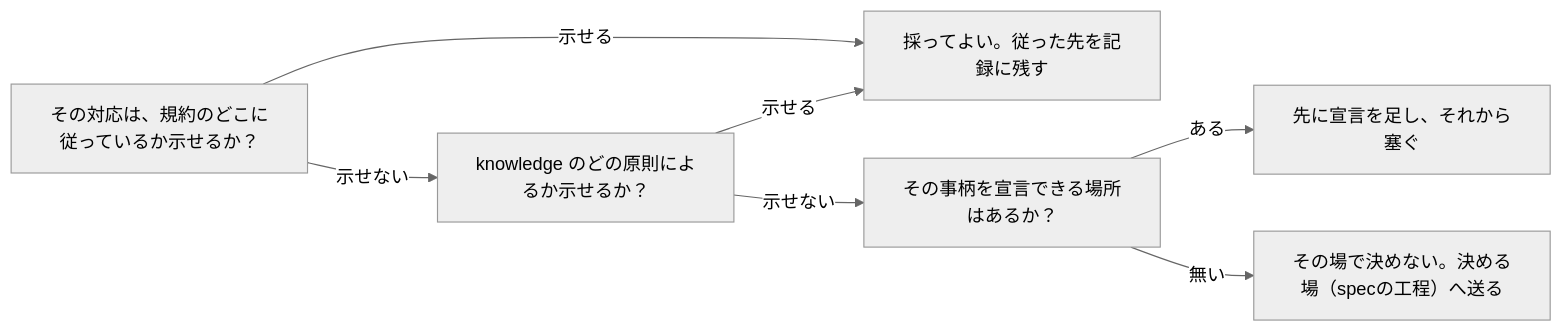
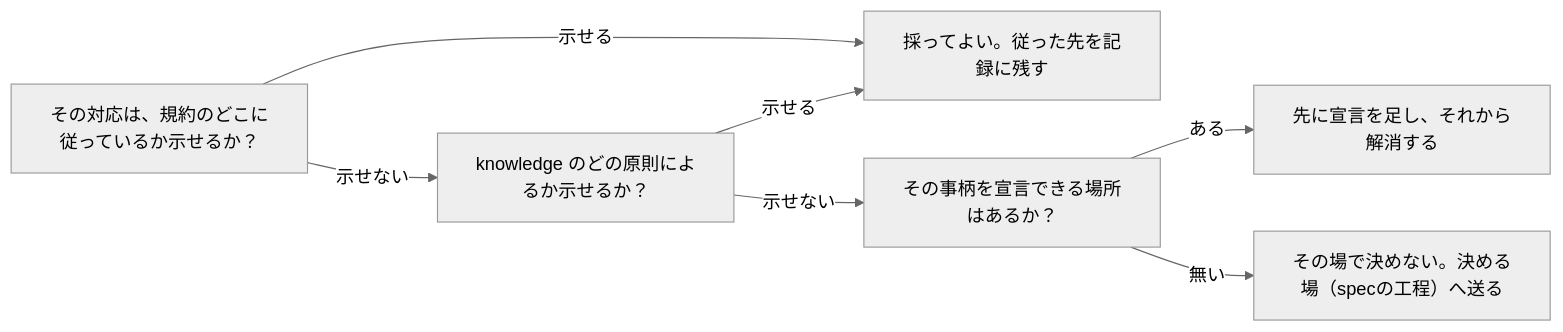
The diagram in .claude/skills/tech-lead-advisor/references/knowledge/knowledge-cand-avoidable-friction-is-not-detection.md (daidaiiro-519/daidaiiro), drawn with Mermaid (neutral theme) before and after one commit. The commit also changed other lines of this file and 104 other files, not shown here.

````diff
--- a/.claude/skills/tech-lead-advisor/references/knowledge/knowledge-cand-avoidable-friction-is-not-detection.md
+++ b/.claude/skills/tech-lead-advisor/references/knowledge/knowledge-cand-avoidable-friction-is-not-detection.md
@@ -47,15 +47,15 @@
 ```mermaid
 flowchart LR
     q1["その対応は、規約のどこに従っているか示せるか？"]
     q2["knowledge のどの原則によるか示せるか？"]
     q3["その事柄を宣言できる場所はあるか？"]
     ok["採ってよい。従った先を記録に残す"]
-    declare["先に宣言を足し、それから塞ぐ"]
+    declare["先に宣言を足し、それから解消する"]
     hold["その場で決めない。決める場（specの工程）へ送る"]
     q1 -->|"示せる"| ok
     q1 -->|"示せない"| q2
     q2 -->|"示せる"| ok
     q2 -->|"示せない"| q3
     q3 -->|"ある"| declare
     q3 -->|"無い"| hold
 ```
````
